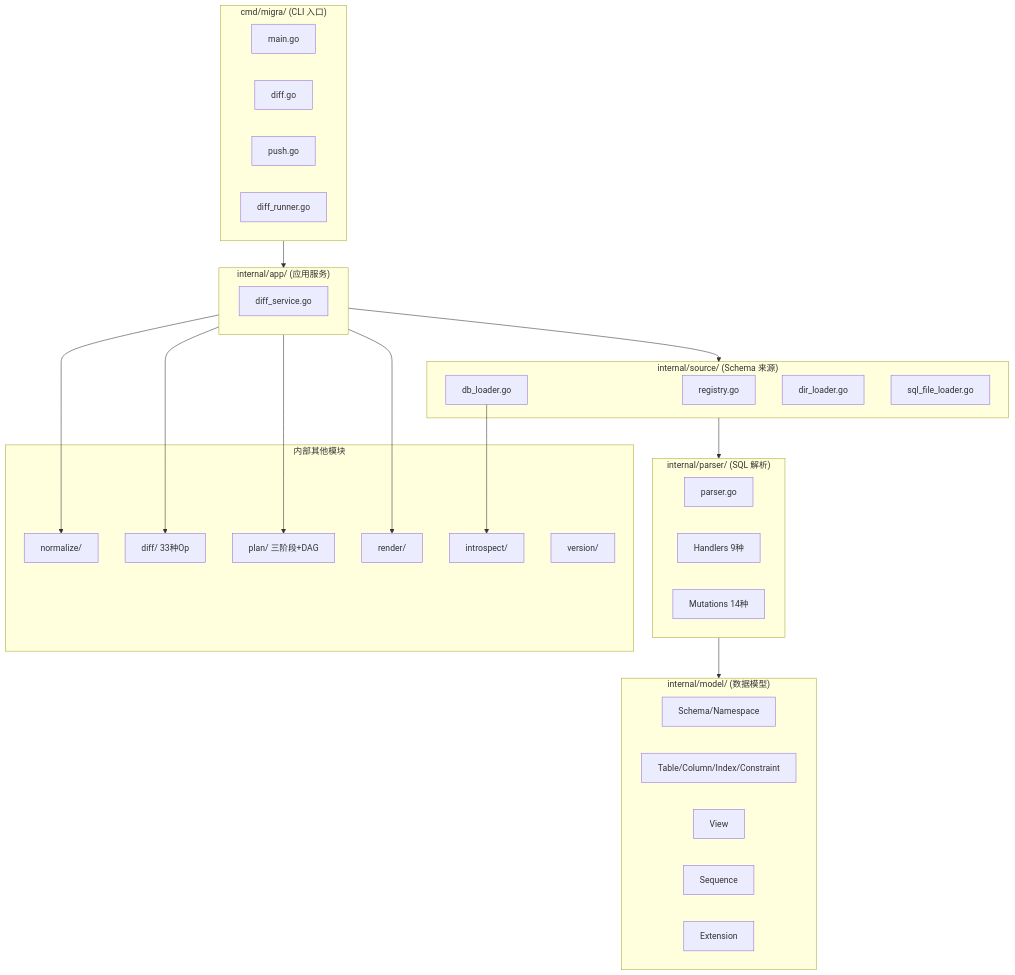
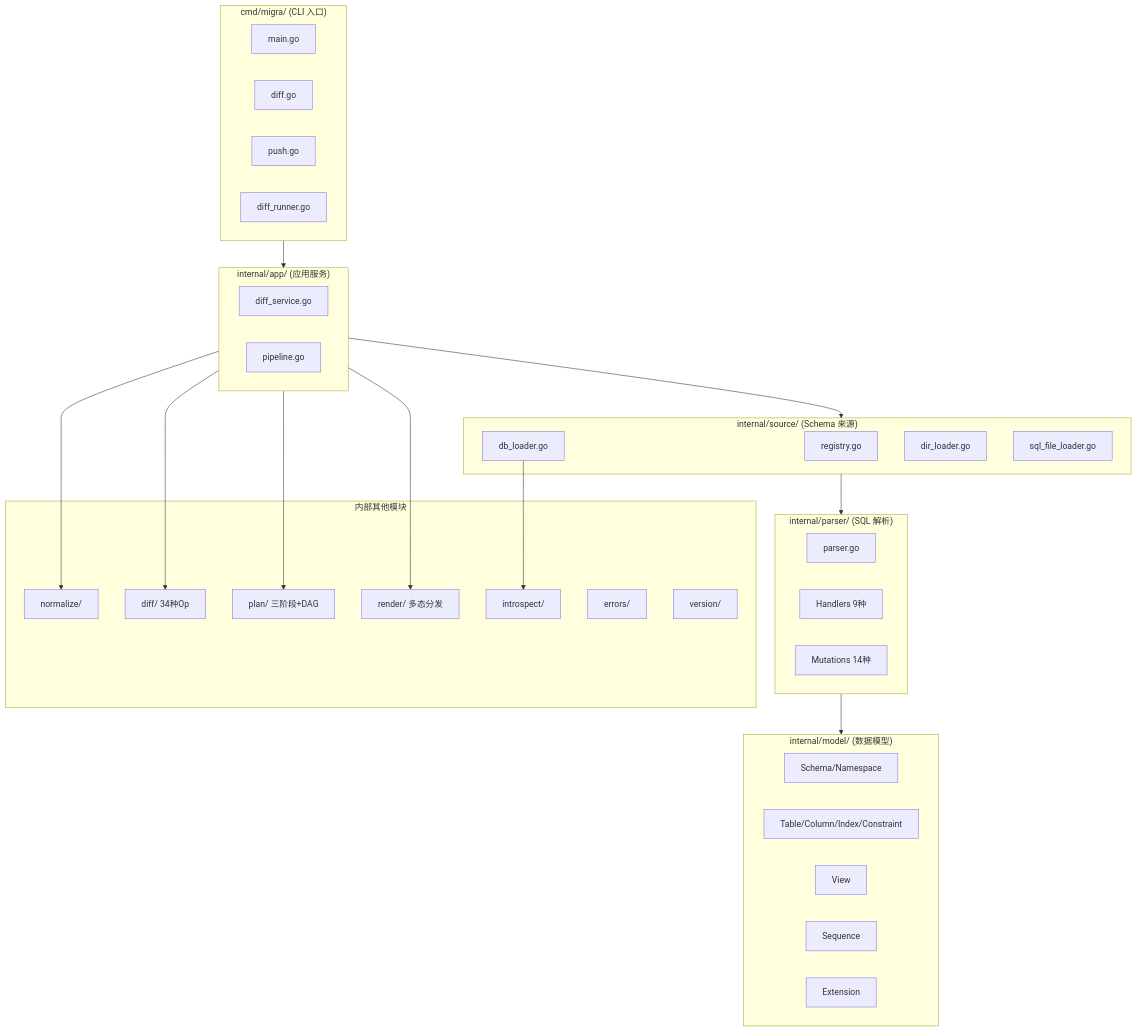
The second of 9 diagrams in docs/arch.md (fred29910/migra-go), drawn with Mermaid before and after one commit. The commit also changed other lines of this file and 5 other files, not shown here.

````diff
--- a/docs/arch.md
+++ b/docs/arch.md
@@ -44,47 +45,49 @@
 ```mermaid
 flowchart TD
     subgraph CLI["cmd/migra/ (CLI 入口)"]
         main[main.go]
         diff_cmd[diff.go]
         push_cmd[push.go]
         runner[diff_runner.go]
     end
     subgraph App["internal/app/ (应用服务)"]
         diff_svc[diff_service.go]
+        pipeline[pipeline.go]
     end
     subgraph Source["internal/source/ (Schema 来源)"]
         registry[registry.go]
         db[db_loader.go]
         dir[dir_loader.go]
         sql[sql_file_loader.go]
     end
     subgraph Parser["internal/parser/ (SQL 解析)"]
         parser_impl[parser.go]
         handlers[Handlers 9种]
         mutations[Mutations 14种]
     end
     subgraph Model["internal/model/ (数据模型)"]
         schema[Schema/Namespace]
         table[Table/Column/Index/Constraint]
         view[View]
         seq[Sequence]
         ext[Extension]
     end
     subgraph Other["内部其他模块"]
         normalize_impl[normalize/]
-        diff_impl[diff/ 33种Op]
+        diff_impl[diff/ 34种Op]
         plan_impl[plan/ 三阶段+DAG]
-        render_impl[render/]
+        render_impl[render/ 多态分发]
         introspect_impl[introspect/]
+        errors_impl[errors/]
         version_impl[version/]
     end
     CLI --> App
     App --> Source
     Source --> Parser
     Parser --> Model
     App --> normalize_impl
     App --> diff_impl
     App --> plan_impl
     App --> render_impl
     db --> introspect_impl
 ```
````
